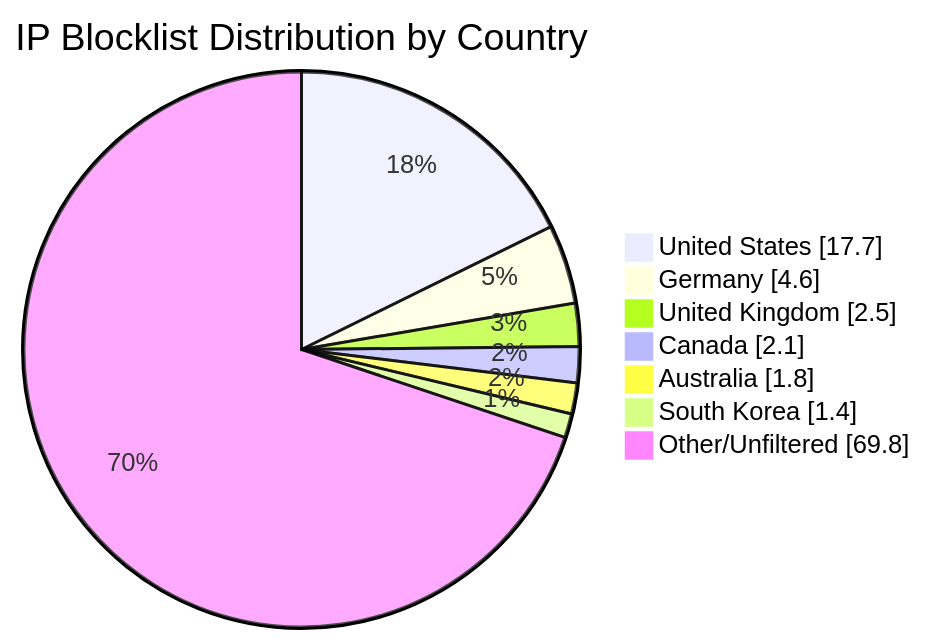
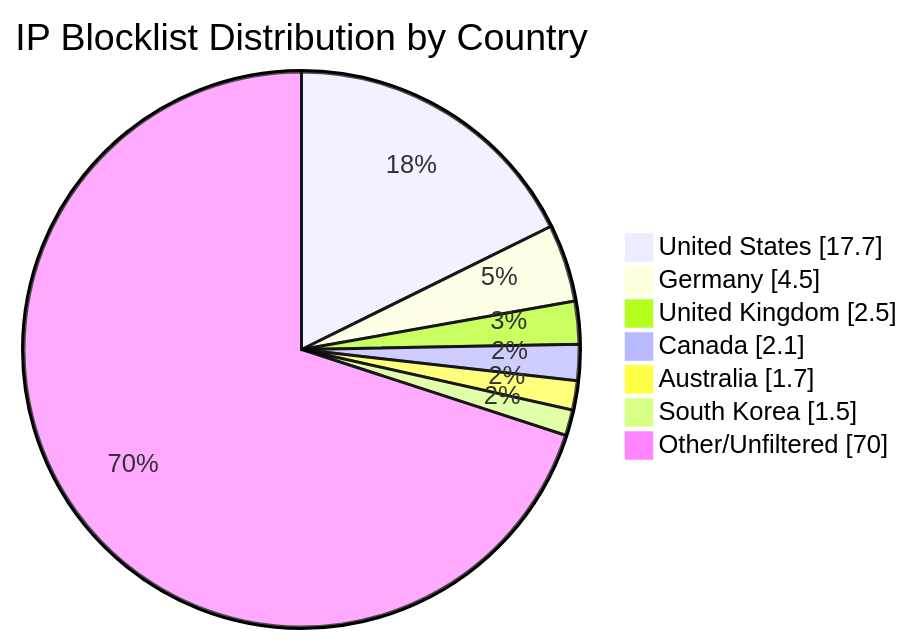
One commit to MarcusHoltz/ipblocklist-geofiltered-aggregator changed the diagram in README.md. Above: the diagram before and after it, drawn with Mermaid. The commit also changed other lines of this file and 9 other files, not shown here.

````diff
--- a/README.md
+++ b/README.md
@@ -34,10 +34,10 @@
 ```mermaid
 pie showData title IP Blocklist Distribution by Country
 "United States" : 17.7
-"Germany" : 4.6
+"Germany" : 4.5
 "United Kingdom" : 2.5
 "Canada" : 2.1
-"Australia" : 1.8
-"South Korea" : 1.4
-"Other/Unfiltered" : 69.8
+"Australia" : 1.7
+"South Korea" : 1.5
+"Other/Unfiltered" : 70.0
 ```
````
